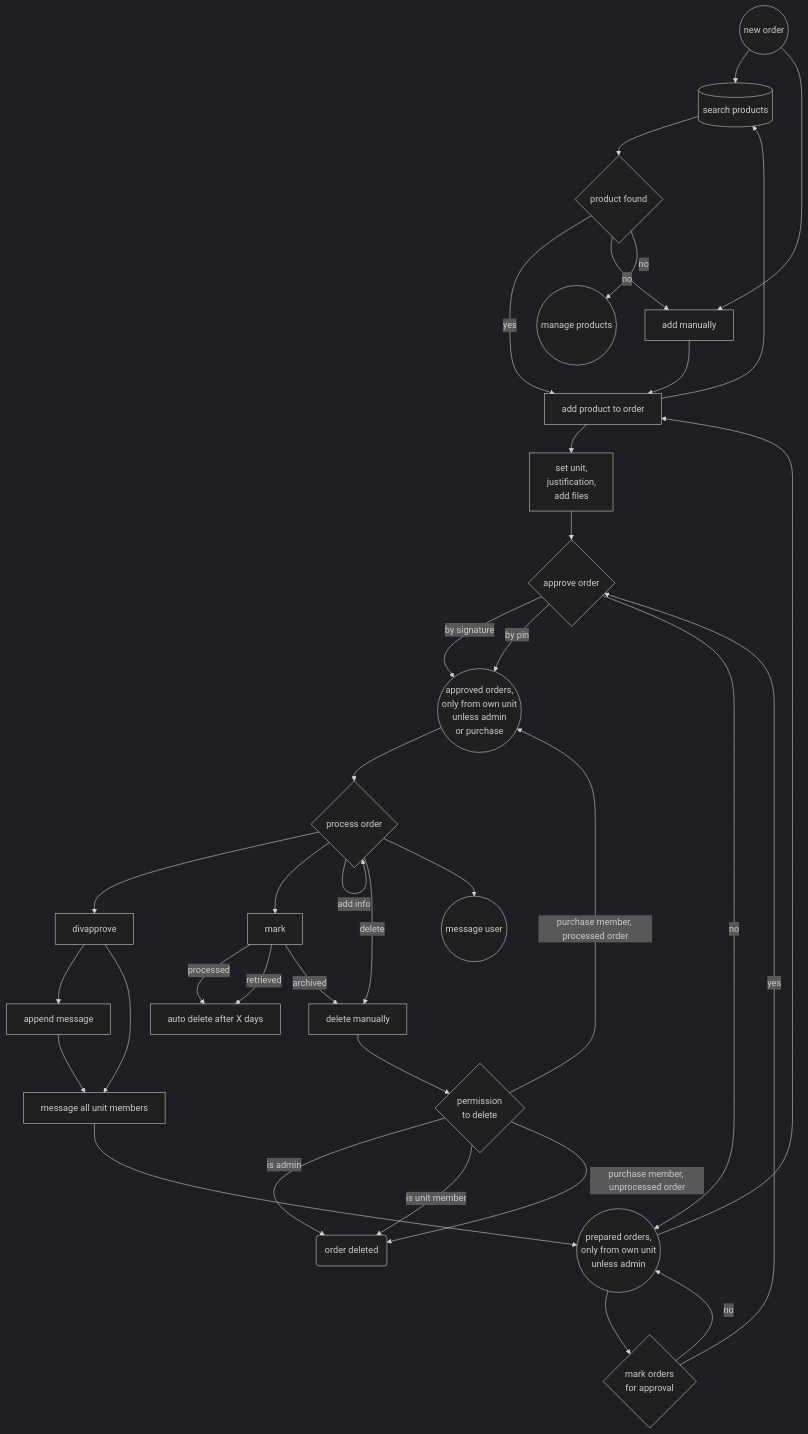
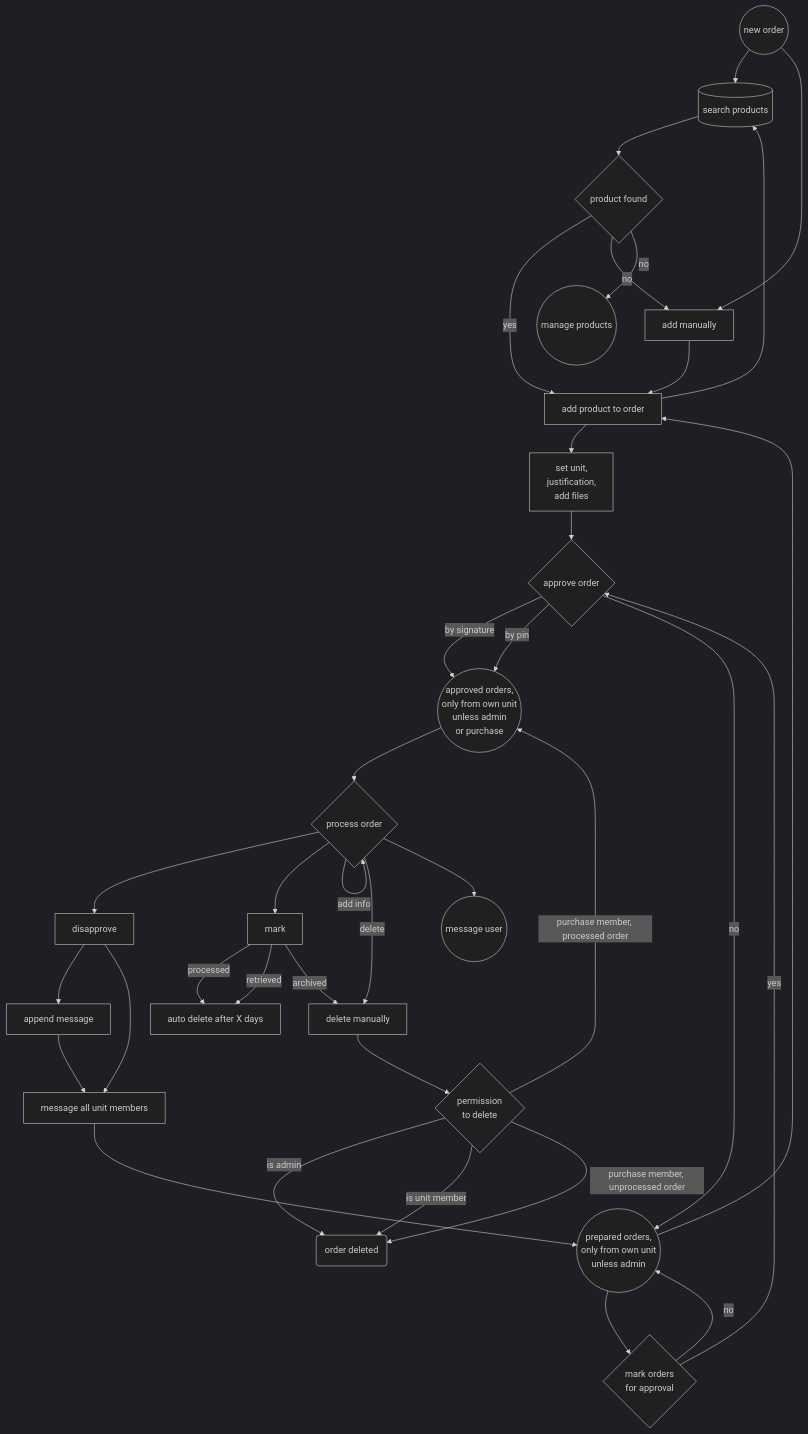
The second of 5 diagrams in flowcharts.md (erroronline1/caro), drawn with Mermaid (dark theme) before and after one commit. The commit also changed other lines of this file, not shown here.

````diff
--- a/flowcharts.md
+++ b/flowcharts.md
@@ -46,50 +46,50 @@
 ```mermaid
 graph TD;
     new_order((new order))-->search_products[(search products)];
     search_products-->product_found{product found};
     product_found-->|yes|add_product[add product to order];
     new_order-->add_manually[add manually];
     product_found-->|no|add_manually;
     product_found-->|no|manage_products((manage products));
     add_manually-->add_product;
     add_product-->search_products;
     add_product-->add_info["set unit,
     justification,
     add files"];
     add_info-->approve_order{approve order};
     approve_order-->|by signature|approved_orders(("approved orders,
     only from own unit
     unless admin
     or purchase"));
     approve_order-->|by pin|approved_orders;
     approve_order-->|no|prepared_orders(("prepared orders,
     only from own unit
     unless admin"));
 
     approved_orders-->process_order{process order};
-    process_order-->disapprove[divapprove];
+    process_order-->disapprove[disapprove];
     disapprove-->append_message[append message];
     append_message-->message_unit[message all unit members];
     disapprove-->message_unit;
     message_unit-->prepared_orders
     process_order-->mark[mark];
     mark-->|processed|auto_delete[auto delete after X days];
     mark-->|retrieved|auto_delete;
     mark-->|archived|delete[delete manually];
     process_order-->|delete|delete;
     delete-->delete_permission{"permission
     to delete"};
     delete_permission-->|is admin|order_deleted(order deleted);
     delete_permission-->|is unit member|order_deleted;
     delete_permission-->|purchase member, unprocessed order|order_deleted;
     delete_permission-->|purchase member, processed order|approved_orders;
     
     process_order-->|add info|process_order;
     process_order-->message((message user))
 
     prepared_orders-->mark_bulk{"mark orders
     for approval"};
     mark_bulk-->|yes|approve_order;
     mark_bulk-->|no|prepared_orders;
     prepared_orders-->add_product;
 ```
````
